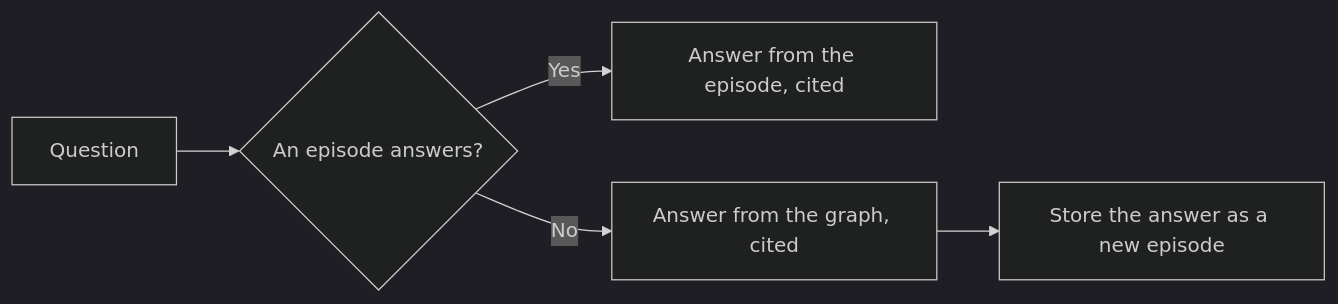
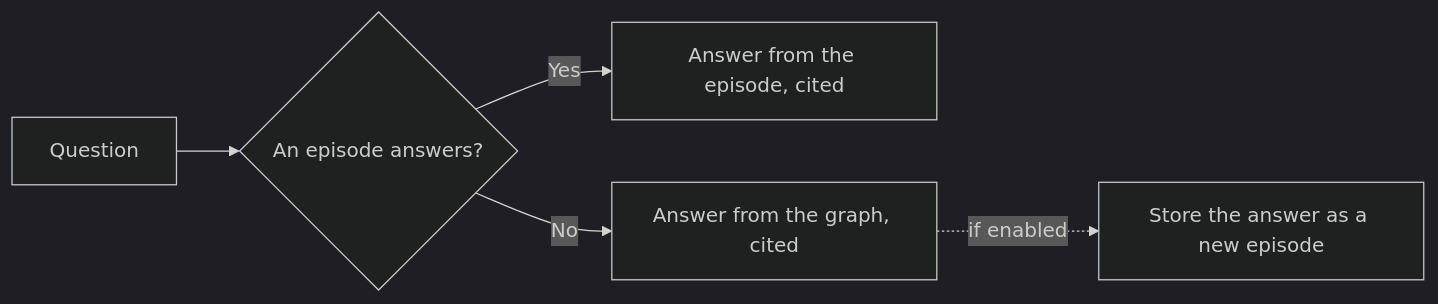
The diagram in README.md (devabhixda/Synapse), drawn with Mermaid (dark theme) before and after one commit. The commit also changed other lines of this file and 16 other files, not shown here.

````diff
--- a/README.md
+++ b/README.md
@@ -175,7 +255,7 @@
 ```mermaid
 flowchart LR
     Q[Question] --> E{An episode answers?}
     E -->|Yes| A[Answer from the episode, cited]
     E -->|No| G[Answer from the graph, cited]
-    G --> W[Store the answer as a new episode]
+    G -.->|if enabled| W[Store the answer as a new episode]
 ```
````
